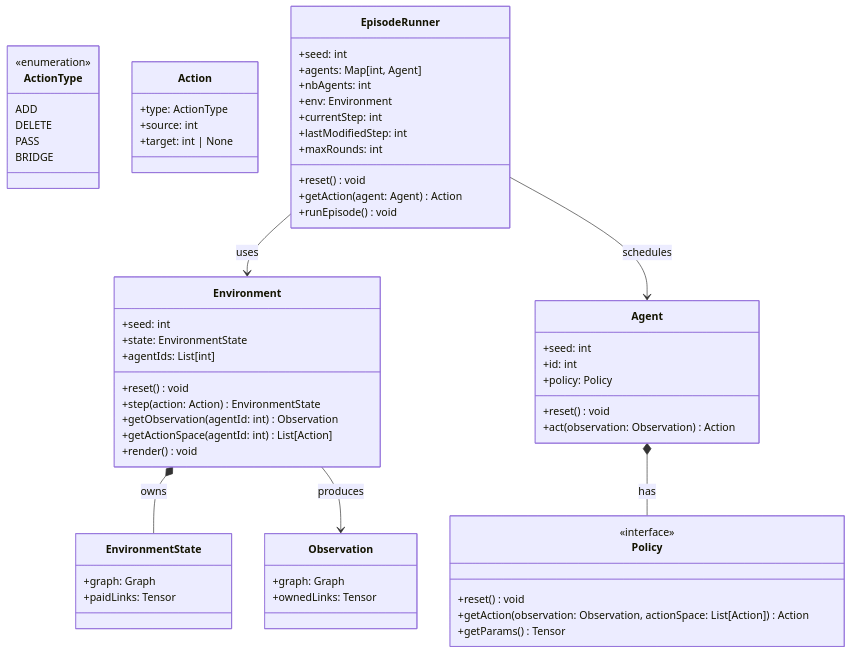
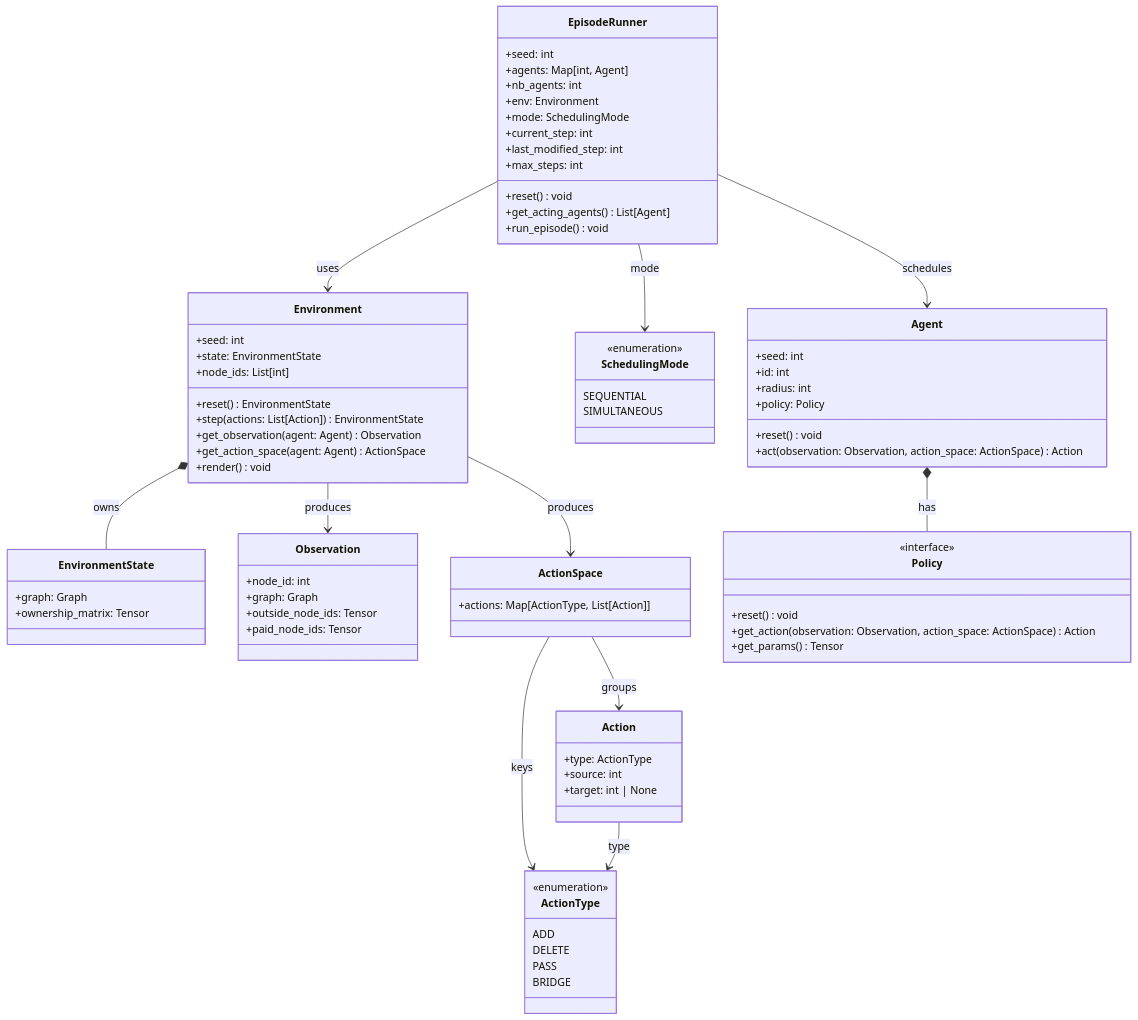
Before and after one commit to hdahmou/Network_creation: the diagram in docs/core_class_diagram.md, drawn with Mermaid. The commit also changed 8 other files, not shown here.

Commit message:
feat: implement core graph operations and action space management

````diff
--- a/docs/core_class_diagram.md
+++ b/docs/core_class_diagram.md
@@ -4,22 +4,28 @@
     class Environment {
         +seed: int
         +state: EnvironmentState
-        +agentIds: List[int]
-        +reset() void
-        +step(action: Action) EnvironmentState
-        +getObservation(agentId: int) Observation
-        +getActionSpace(agentId: int) List[Action]
+        +node_ids: List[int]
+        +reset() EnvironmentState
+        +step(actions: List[Action]) EnvironmentState
+        +get_observation(agent: Agent) Observation
+        +get_action_space(agent: Agent) ActionSpace
         +render() void
     }
 
     class EnvironmentState {
         +graph: Graph
-        +paidLinks: Tensor
+        +ownership_matrix: Tensor
     }
 
     class Observation {
+        +node_id: int
         +graph: Graph
-        +ownedLinks: Tensor
+        +outside_node_ids: Tensor
+        +paid_node_ids: Tensor
+    }
+
+    class ActionSpace {
+        +actions: Map[ActionType, List[Action]]
     }
 
     class ActionType {
@@ -36,39 +42,52 @@
         +target: int | None
     }
 
+    class SchedulingMode {
+        <<enumeration>>
+        SEQUENTIAL
+        SIMULTANEOUS
+    }
+
     class EpisodeRunner {
         +seed: int
         +agents: Map[int, Agent]
-        +nbAgents: int
+        +nb_agents: int
         +env: Environment
-        +currentStep: int
-        +lastModifiedStep: int
-        +maxRounds: int
+        +mode: SchedulingMode
+        +current_step: int
+        +last_modified_step: int
+        +max_steps: int
         +reset() void
-        +getAction(agent: Agent) Action
-        +runEpisode() void
+        +get_acting_agents() List[Agent]
+        +run_episode() void
     }
 
     class Agent {
         +seed: int
         +id: int
+        +radius: int
         +policy: Policy
         +reset() void
-        +act(observation: Observation) Action
+        +act(observation: Observation, action_space: ActionSpace) Action
     }
 
     class Policy {
         <<interface>>
         +reset() void
-        +getAction(observation: Observation, actionSpace: List[Action]) Action
-        +getParams() Tensor
+        +get_action(observation: Observation, action_space: ActionSpace) Action
+        +get_params() Tensor
     }
 
 
     %% Relationships
     EpisodeRunner --> Environment : uses
     EpisodeRunner --> Agent : schedules
+    EpisodeRunner --> SchedulingMode : mode
     Environment *-- EnvironmentState : owns
     Environment --> Observation : produces
+    Environment --> ActionSpace : produces
+    ActionSpace --> ActionType : keys
+    ActionSpace --> Action : groups
+    Action --> ActionType : type
     Agent *-- Policy : has
 ```
````
